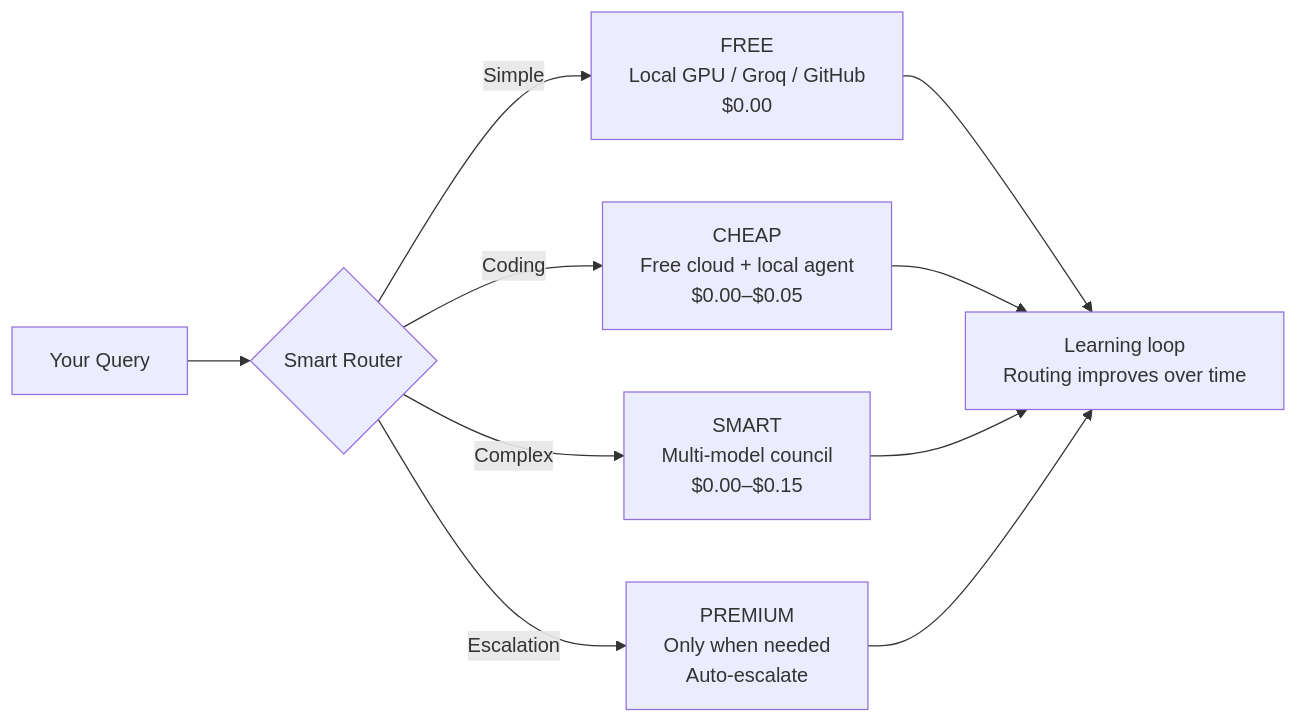
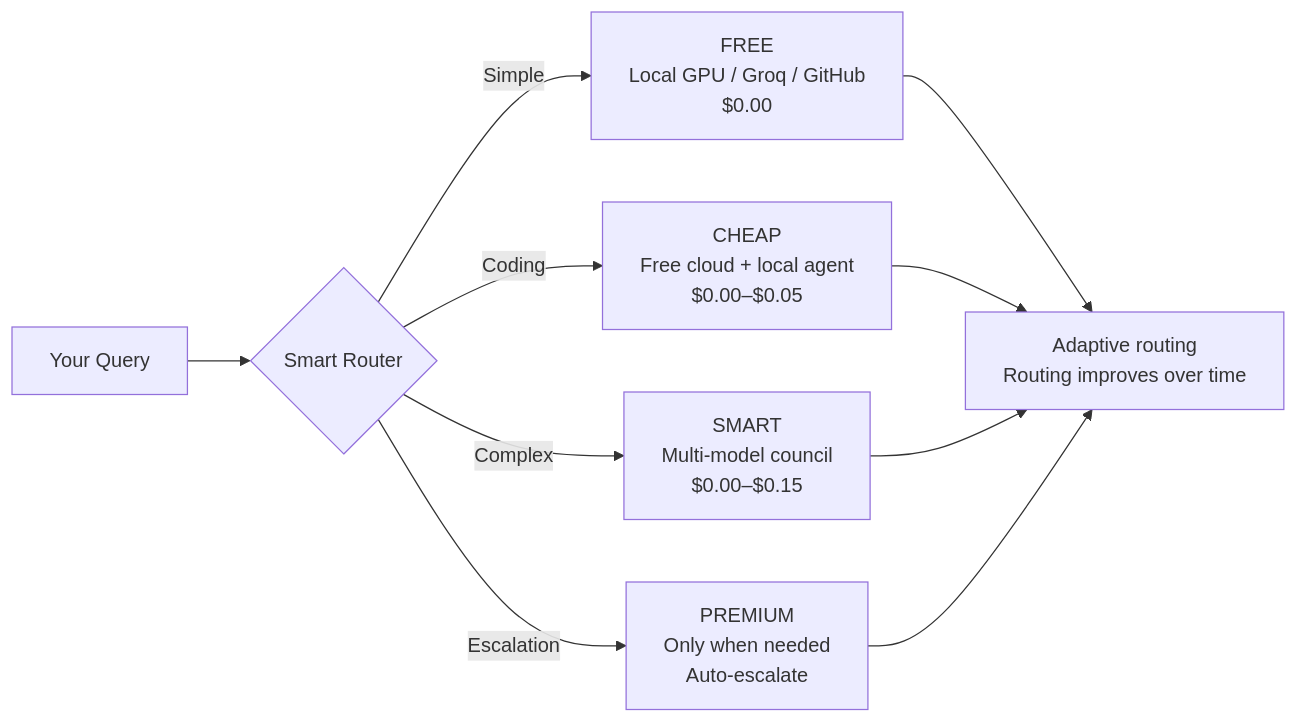
One commit to thatcooperguy/nvHive changed the first of 2 diagrams in README.md. Above: the diagram before and after it, drawn with Mermaid. The commit also changed other lines of this file, not shown here.

````diff
--- a/README.md
+++ b/README.md
@@ -27,12 +45,12 @@
 ```mermaid
 flowchart LR
     Q[Your Query] --> R{Smart Router}
     R -->|Simple| F["FREE\nLocal GPU / Groq / GitHub\n$0.00"]
     R -->|Coding| C["CHEAP\nFree cloud + local agent\n$0.00–$0.05"]
     R -->|Complex| S["SMART\nMulti-model council\n$0.00–$0.15"]
     R -->|Escalation| P["PREMIUM\nOnly when needed\nAuto-escalate"]
-    F --> L["Learning loop\nRouting improves over time"]
+    F --> L["Adaptive routing\nRouting improves over time"]
     C --> L
     S --> L
     P --> L
 ```
````
